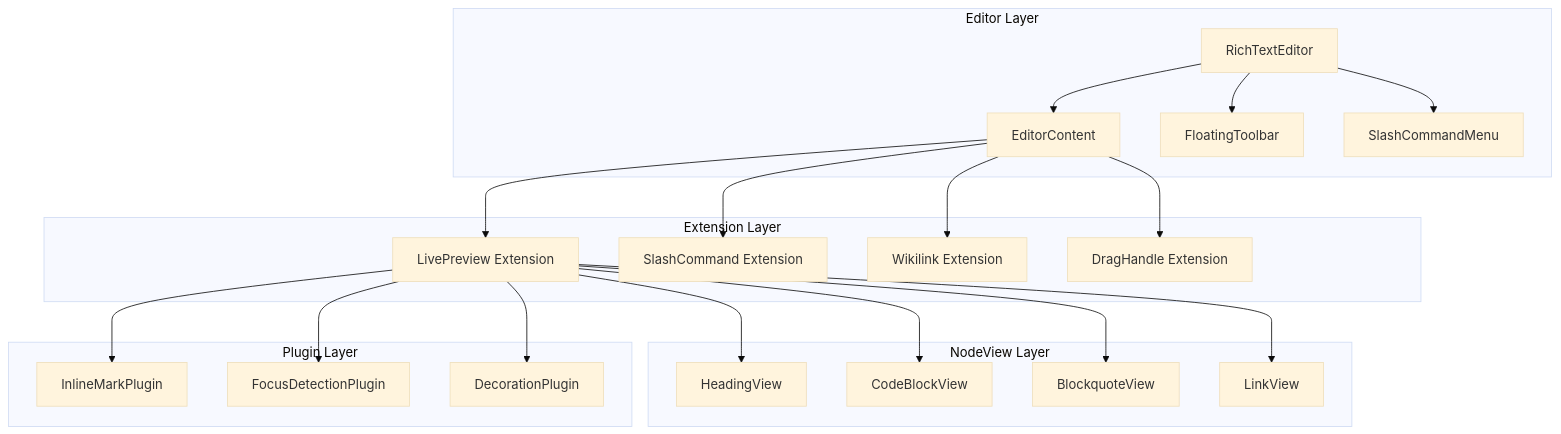
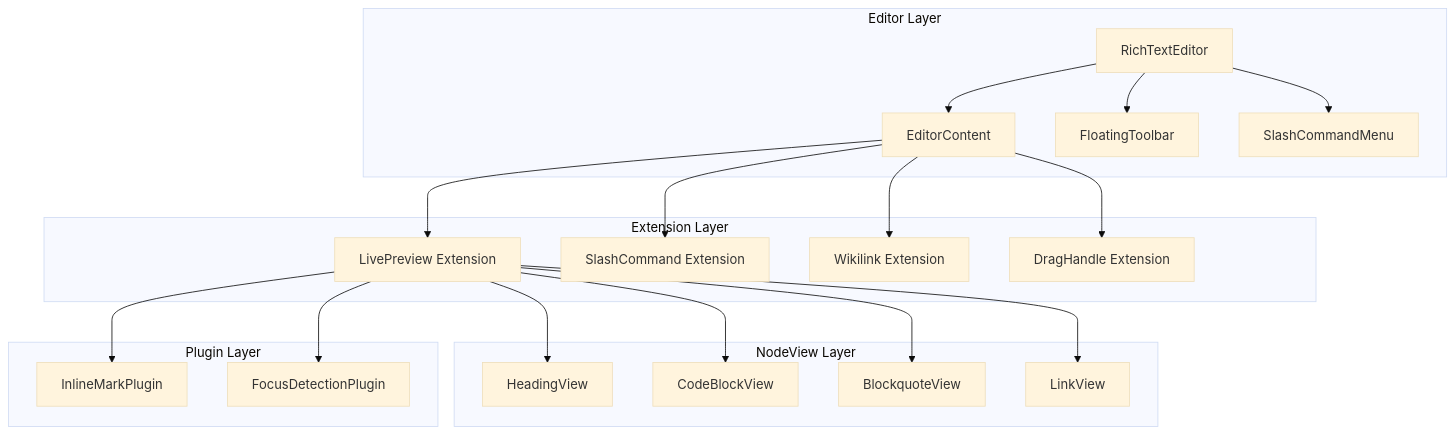
The diagram in docs/planStep03_3EditorObsidianStyle/README.md (crs48/xNet), drawn with Mermaid (base theme) before and after one commit. The commit also changed other lines of this file and 14 other files, not shown here.

````diff
--- a/docs/planStep03_3EditorObsidianStyle/README.md
+++ b/docs/planStep03_3EditorObsidianStyle/README.md
@@ -35,47 +28,45 @@
 ```mermaid
 flowchart TB
     subgraph "Editor Layer"
         EDITOR[RichTextEditor]
         CONTENT[EditorContent]
         TOOLBAR[FloatingToolbar]
         SLASH[SlashCommandMenu]
     end
 
     subgraph "Extension Layer"
         LP[LivePreview Extension]
         SC[SlashCommand Extension]
         WL[Wikilink Extension]
         DH[DragHandle Extension]
     end
 
     subgraph "NodeView Layer"
         HV[HeadingView]
         CBV[CodeBlockView]
         BQV[BlockquoteView]
         LV[LinkView]
     end
 
     subgraph "Plugin Layer"
         IMP[InlineMarkPlugin]
         FDP[FocusDetectionPlugin]
-        DCP[DecorationPlugin]
     end
 
     EDITOR --> CONTENT
     EDITOR --> TOOLBAR
     EDITOR --> SLASH
 
     CONTENT --> LP
     CONTENT --> SC
     CONTENT --> WL
     CONTENT --> DH
 
     LP --> IMP
     LP --> FDP
-    LP --> DCP
 
     LP --> HV
     LP --> CBV
     LP --> BQV
     LP --> LV
 ```
````
